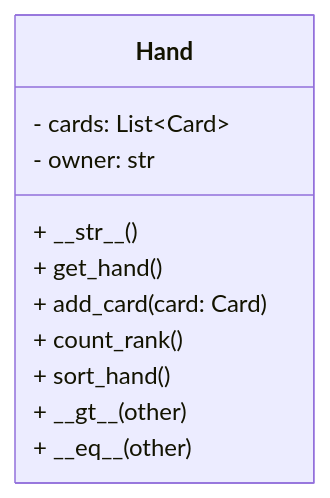
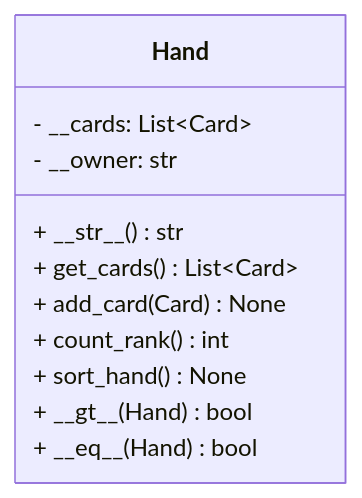
One commit to isf-dp-cs/isf-dp-cs.github.io changed the fourth of 5 diagrams in content/new_syllabus/unit_03_oop/03_polymorphism/_index.md. Above: the diagram before and after it, drawn with Mermaid. The commit also changed other lines of this file, not shown here.

Commit message:
polymorphism lab (cards) going live

```diff
--- a/content/new_syllabus/unit_03_oop/03_polymorphism/_index.md
+++ b/content/new_syllabus/unit_03_oop/03_polymorphism/_index.md
@@ -232,14 +231,14 @@
 {{< mermaid >}}
 classDiagram
     class Hand {
-        - cards: List~Card~
-        - owner: str
-        + \_\_str__()
-        + get_hand()
-        + add_card(card: Card)
-        + count_rank()
-        + sort_hand()
-        + \_\_gt__(other)
-        + \_\_eq__(other)
+        - __cards: List~Card~
+        - __owner: str
+        + \_\_str__() str
+        + get_cards() List~Card~
+        + add_card(Card) None
+        + count_rank() int
+        + sort_hand() None
+        + \_\_gt__(Hand) bool
+        + \_\_eq__(Hand) bool
     }
 {{< /mermaid >}}
```
